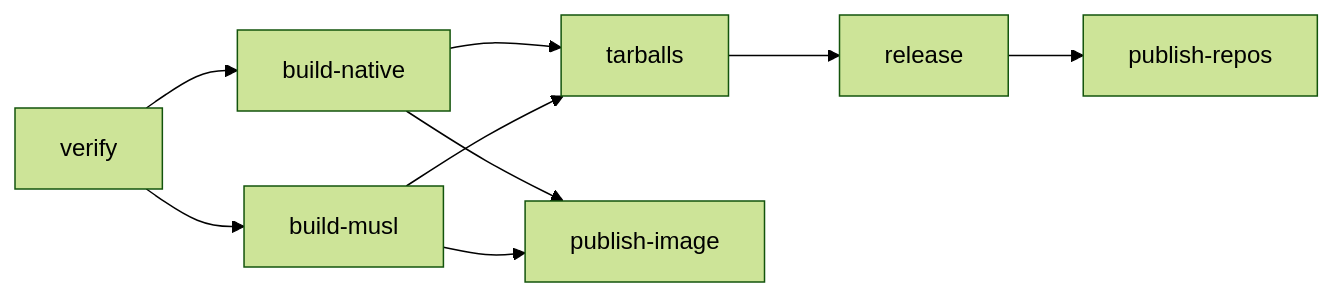
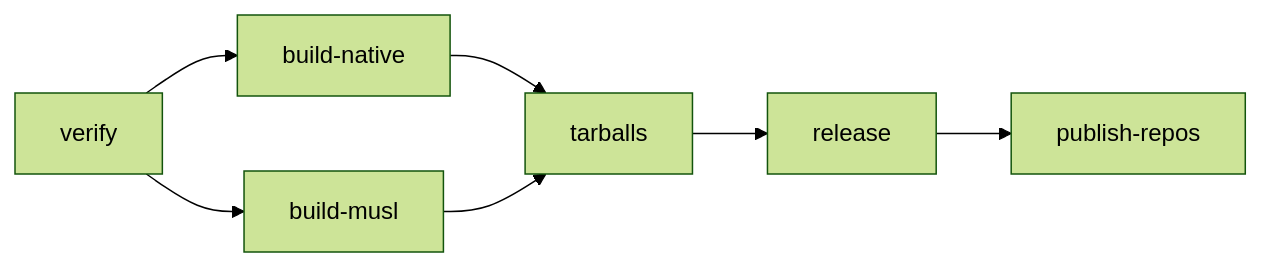
One commit to getdarn/darn changed the diagram in docs/Developers.md. Above: the diagram before and after it, drawn with Mermaid (forest theme). The commit also changed other lines of this file and 4 other files, not shown here.

````diff
--- a/docs/Developers.md
+++ b/docs/Developers.md
@@ -287,8 +284,7 @@
 ```mermaid
 graph LR
   verify --> build-native & build-musl
   build-native & build-musl --> tarballs
   tarballs --> release
-  build-native & build-musl --> publish-image
   release --> publish-repos
 ```
````
